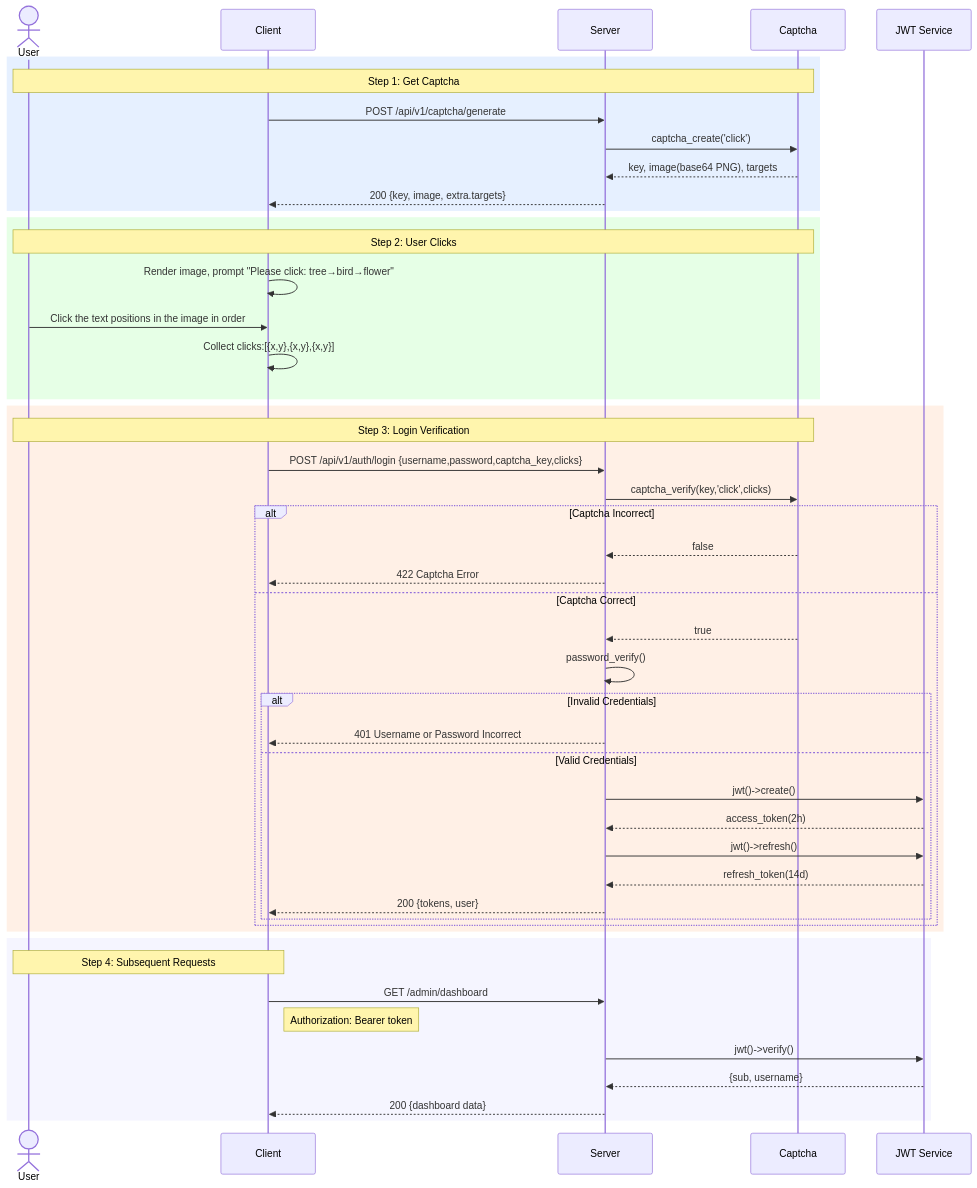
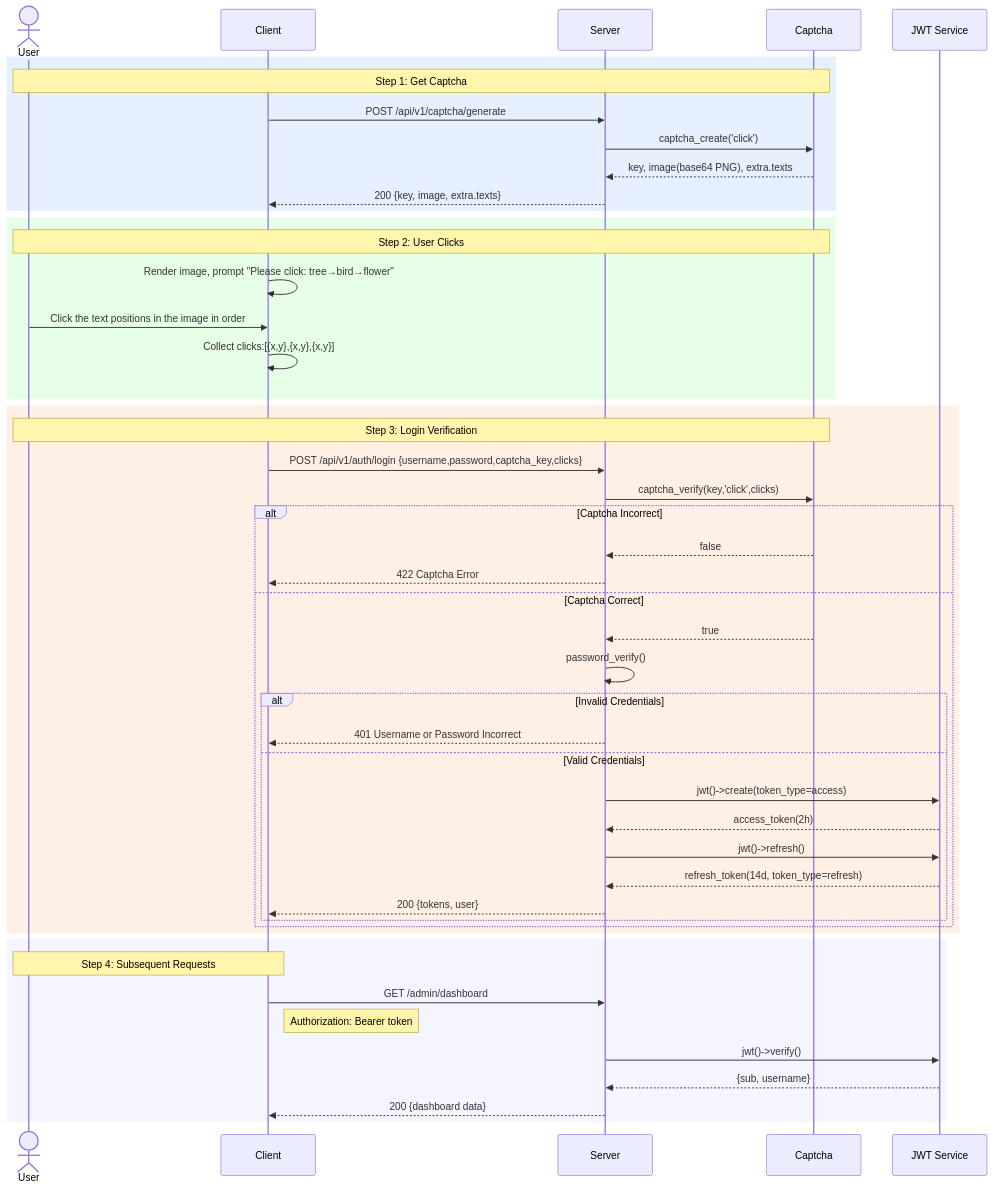
One commit to erikwang2013/integrated-global-logistics changed the diagram in admin/docs/diagrams/04-auth-captcha-flow.en.md. Above: the diagram before and after it, drawn with Mermaid. The commit also changed other lines of this file and 88 other files, not shown here.

````diff
--- a/admin/docs/diagrams/04-auth-captcha-flow.en.md
+++ b/admin/docs/diagrams/04-auth-captcha-flow.en.md
@@ -7,55 +7,55 @@
 ```mermaid
 sequenceDiagram
     actor U as User
     participant CL as Client
     participant SV as Server
     participant CAP as Captcha
     participant JWT as JWT Service
 
     rect rgb(230, 240, 255)
     Note over U,CAP: Step 1: Get Captcha
     CL->>SV: POST /api/v1/captcha/generate
     SV->>CAP: captcha_create('click')
-    CAP-->>SV: key, image(base64 PNG), targets
-    SV-->>CL: 200 {key, image, extra.targets}
+    CAP-->>SV: key, image(base64 PNG), extra.texts
+    SV-->>CL: 200 {key, image, extra.texts}
     end
 
     rect rgb(230, 255, 230)
     Note over U,CAP: Step 2: User Clicks
     CL->>CL: Render image, prompt "Please click: tree→bird→flower"
     U->>CL: Click the text positions in the image in order
     CL->>CL: Collect clicks:[{x,y},{x,y},{x,y}]
     end
 
     rect rgb(255, 240, 230)
     Note over U,CAP: Step 3: Login Verification
     CL->>SV: POST /api/v1/auth/login {username,password,captcha_key,clicks}
     SV->>CAP: captcha_verify(key,'click',clicks)
 
     alt Captcha Incorrect
         CAP-->>SV: false
         SV-->>CL: 422 Captcha Error
     else Captcha Correct
         CAP-->>SV: true
         SV->>SV: password_verify()
         alt Invalid Credentials
             SV-->>CL: 401 Username or Password Incorrect
         else Valid Credentials
-            SV->>JWT: jwt()->create()
+            SV->>JWT: jwt()->create(token_type=access)
             JWT-->>SV: access_token(2h)
             SV->>JWT: jwt()->refresh()
-            JWT-->>SV: refresh_token(14d)
+            JWT-->>SV: refresh_token(14d, token_type=refresh)
             SV-->>CL: 200 {tokens, user}
         end
     end
     end
 
     rect rgb(245, 245, 255)
     Note over U,CL: Step 4: Subsequent Requests
     CL->>SV: GET /admin/dashboard
     Note right of CL: Authorization: Bearer token
     SV->>JWT: jwt()->verify()
     JWT-->>SV: {sub, username}
     SV-->>CL: 200 {dashboard data}
     end
 ```
````
